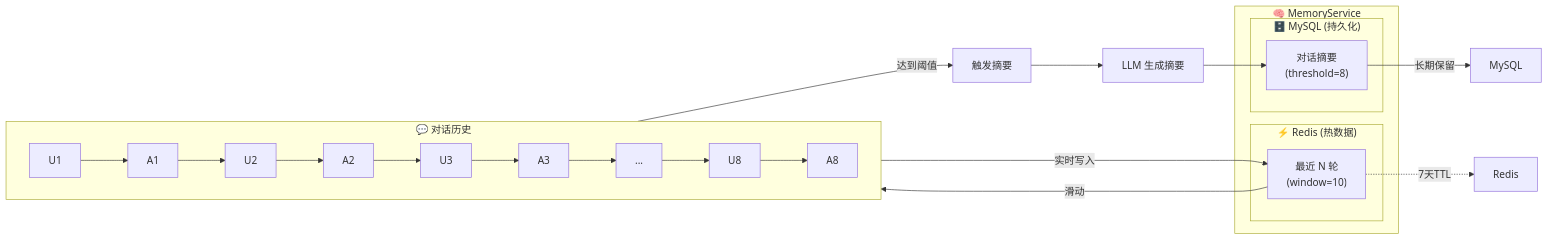
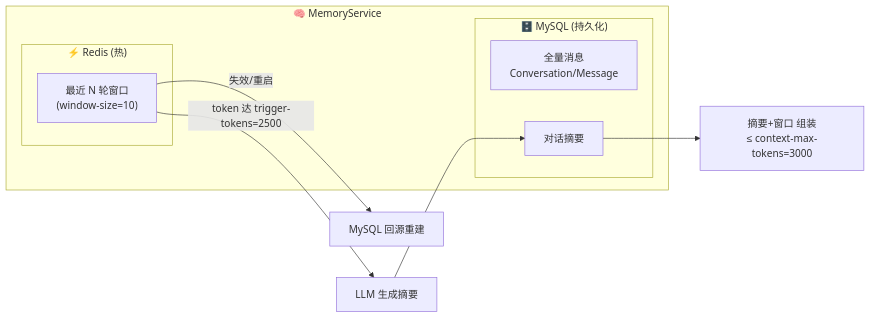
The seventh of 10 diagrams in README.md (carlisle-withs/RAGGG), drawn with Mermaid before and after one commit. The commit also changed other lines of this file, not shown here.

````diff
--- a/README.md
+++ b/README.md
@@ -651,34 +663,17 @@
 ```mermaid
 flowchart LR
-    subgraph Conversation["💬 对话历史"]
-        direction LR
-        U1["U1"] --> A1["A1"]
-        A1 --> U2["U2"]
-        U2 --> A2["A2"]
-        A2 --> U3["U3"]
-        U3 --> A3["A3"]
-        A3 --> Dots1["..."]
-        Dots1 --> U8["U8"]
-        U8 --> A8["A8"]
-    end
-    
     subgraph Memory["🧠 MemoryService"]
-        subgraph Hot["⚡ Redis (热数据)"]
-            Window["最近 N 轮<br/>(window=10)"]
+        subgraph Hot["⚡ Redis (热)"]
+            Window["最近 N 轮窗口<br/>(window-size=10)"]
         end
-        
         subgraph Cold["🗄️ MySQL (持久化)"]
-            Summary["对话摘要<br/>(threshold=8)"]
+            Msg["全量消息<br/>Conversation/Message"]
+            Summary["对话摘要"]
         end
     end
-    
-    U8 -->|达到阈值| Trigger["触发摘要"]
-    Trigger --> LLM["LLM 生成摘要"]
-    LLM --> Summary
-    
-    Conversation -->|实时写入| Window
-    Window -->|滑动| Conversation
-    
-    Summary -->|长期保留| MySQL
-    Window -.->|7天TTL| Redis
+
+    Window -->|"失效/重启"| Rebuild["MySQL 回源重建"]
+    Window -->|"token 达 trigger-tokens=2500"| Trigger["LLM 生成摘要"]
+    Trigger --> Summary
+    Summary --> Budget["摘要+窗口 组装<br/>≤ context-max-tokens=3000"]
 ```
````
